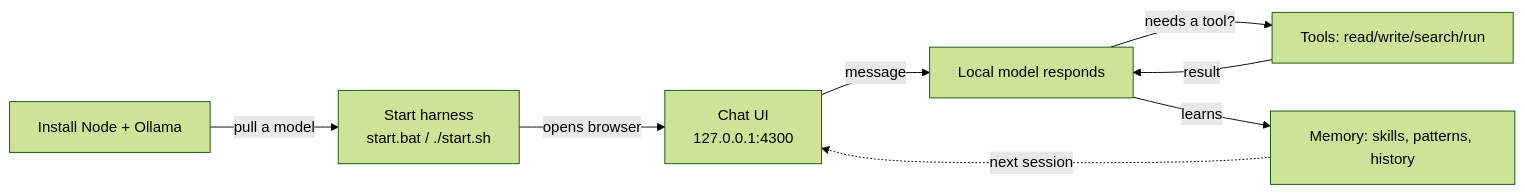
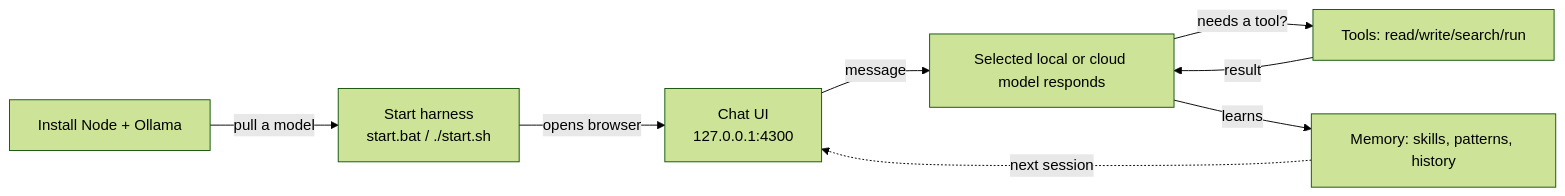
The diagram in docs/SYSTEM-OVERVIEW.md (Bradliebs/ollama-agent-harness), drawn with Mermaid (forest theme) before and after one commit. The commit also changed other lines of this file and 15 other files, not shown here.

````diff
--- a/docs/SYSTEM-OVERVIEW.md
+++ b/docs/SYSTEM-OVERVIEW.md
@@ -35,10 +42,10 @@
 ```mermaid
 flowchart LR
     A[Install Node + Ollama] -->|pull a model| B[Start harness<br/>start.bat / ./start.sh]
     B -->|opens browser| C[Chat UI<br/>127.0.0.1:4300]
-    C -->|message| D[Local model responds]
+    C -->|message| D[Selected local or cloud model responds]
     D -->|needs a tool?| E[Tools: read/write/search/run]
     E -->|result| D
     D -->|learns| F[Memory: skills, patterns, history]
     F -.->|next session| C
 ```
````
